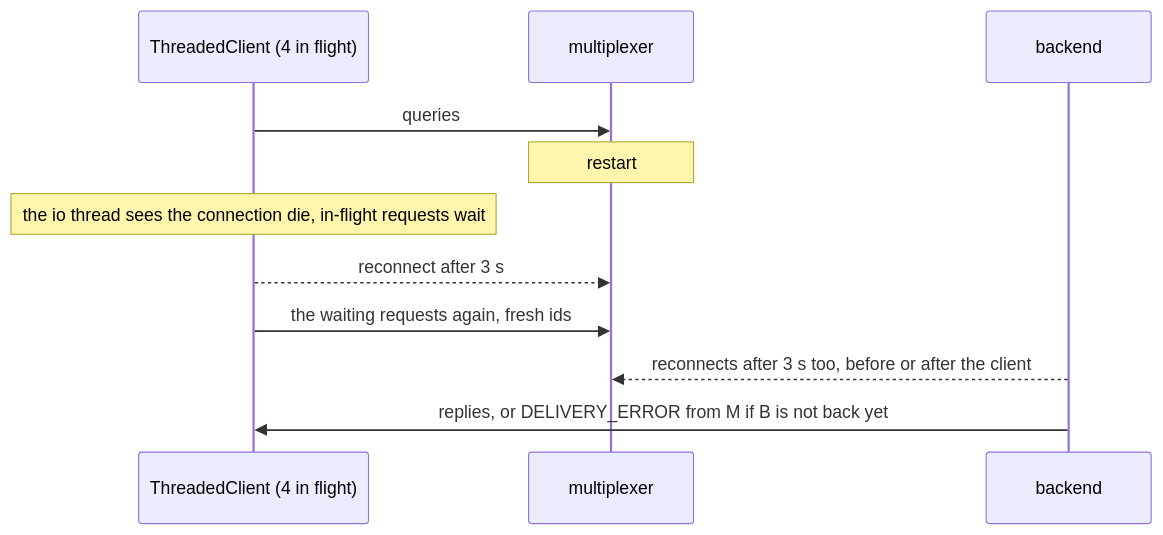
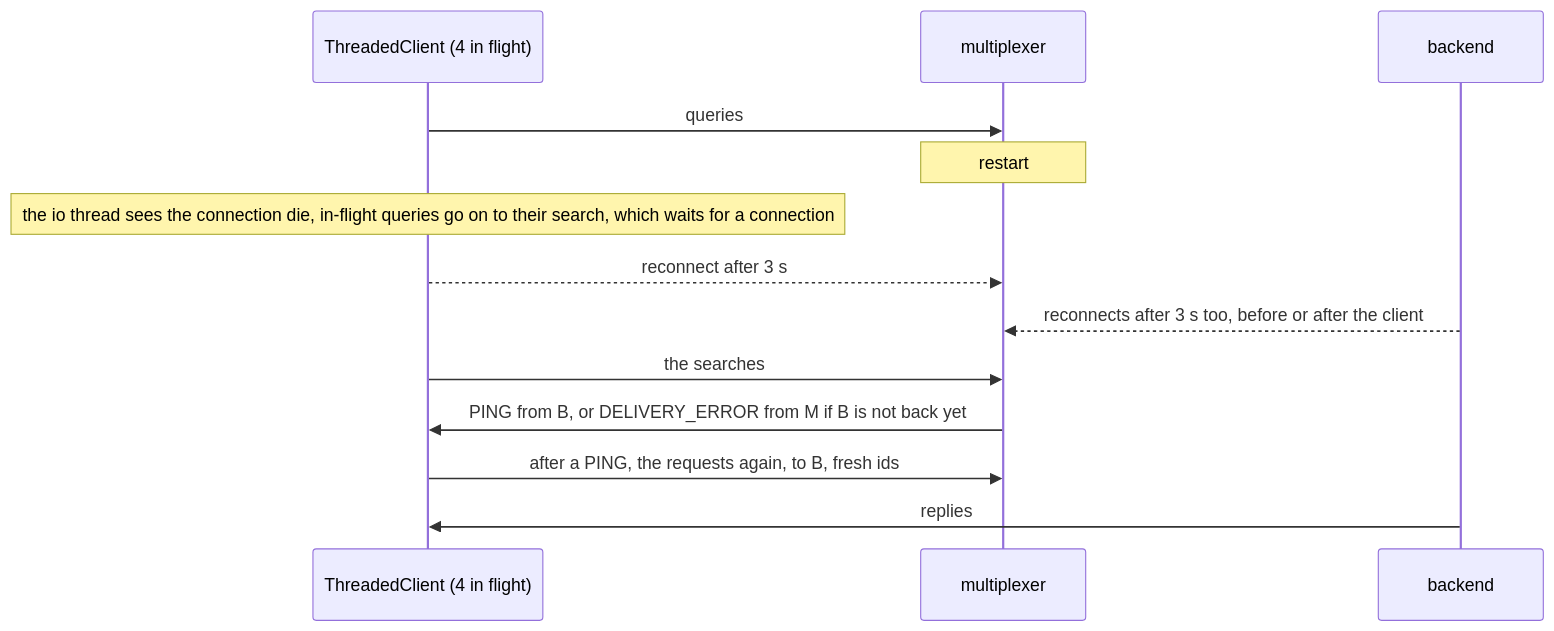
The diagram in tests/scenarios/threaded_mx_restarts/README.md (kulewski/multiplexer), drawn with Mermaid before and after one commit. The commit also changed other lines of this file and 77 other files, not shown here.

````diff
--- a/tests/scenarios/threaded_mx_restarts/README.md
+++ b/tests/scenarios/threaded_mx_restarts/README.md
@@ -16,13 +22,15 @@
 ```mermaid
 sequenceDiagram
     participant C as ThreadedClient (4 in flight)
     participant M as multiplexer
     participant B as backend
     C->>M: queries
     Note over M: restart
-    Note over C: the io thread sees the connection die, in-flight requests wait
+    Note over C: the io thread sees the connection die, in-flight queries go on to their search, which waits for a connection
     C-->>M: reconnect after 3 s
-    C->>M: the waiting requests again, fresh ids
     B-->>M: reconnects after 3 s too, before or after the client
-    B->>C: replies, or DELIVERY_ERROR from M if B is not back yet
+    C->>M: the searches
+    M->>C: PING from B, or DELIVERY_ERROR from M if B is not back yet
+    C->>M: after a PING, the requests again, to B, fresh ids
+    B->>C: replies
 ```
````
